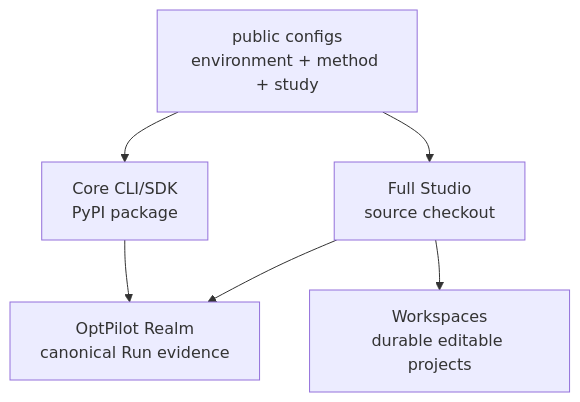
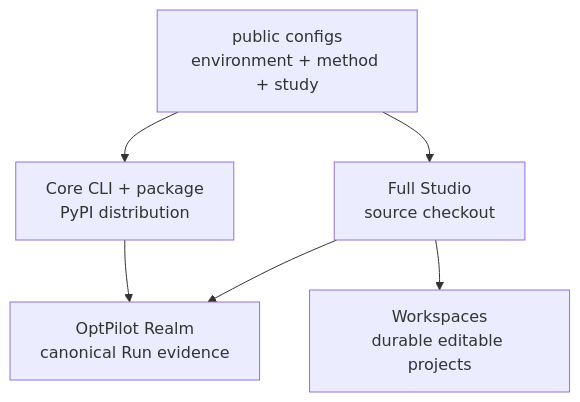
The second of 2 diagrams in studio/src/optpilot_studio/docs_assets/index.md (MINDS-THU/OptPilot), drawn with Mermaid before and after one commit. The commit also changed other lines of this file and 119 other files, not shown here.

````diff
--- a/studio/src/optpilot_studio/docs_assets/index.md
+++ b/studio/src/optpilot_studio/docs_assets/index.md
@@ -58,14 +58,14 @@
 ```mermaid
 flowchart TB
   Configs["public configs\nenvironment + method + study"]
-  Core["Core CLI/SDK\nPyPI package"]
+  Core["Core CLI + package\nPyPI distribution"]
   Studio["Full Studio\nsource checkout"]
   Runs["OptPilot Realm\ncanonical Run evidence"]
   Workspaces["Workspaces\ndurable editable projects"]
 
   Configs --> Core
   Configs --> Studio
   Core --> Runs
   Studio --> Runs
   Studio --> Workspaces
 ```
````
